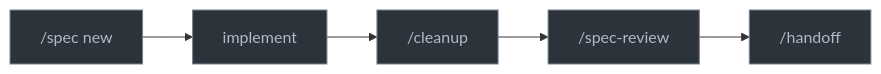
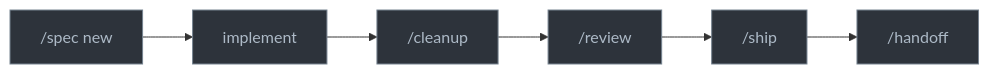
The diagram in README.md (kpeez/agent-toolbox), drawn with Mermaid before and after one commit. The commit also changed other lines of this file and 2 other files, not shown here.

Commit message:
refactor(workflow): rename spec review to ship

````diff
--- a/README.md
+++ b/README.md
@@ -111,13 +111,15 @@
 ```mermaid
 graph LR
   A["/spec new"] --> B["implement"]
   B --> C["/cleanup"]
-  C --> D["/spec-review"]
-  D --> E["/handoff"]
+  C --> D["/review"]
+  D --> E["/ship"]
+  E --> F["/handoff"]
 
 style A fill:#2d333b,stroke:#768390,color:#adbac7
 style B fill:#2d333b,stroke:#768390,color:#adbac7
 style C fill:#2d333b,stroke:#768390,color:#adbac7
 style D fill:#2d333b,stroke:#768390,color:#adbac7
 style E fill:#2d333b,stroke:#768390,color:#adbac7
+style F fill:#2d333b,stroke:#768390,color:#adbac7
 ```
````
